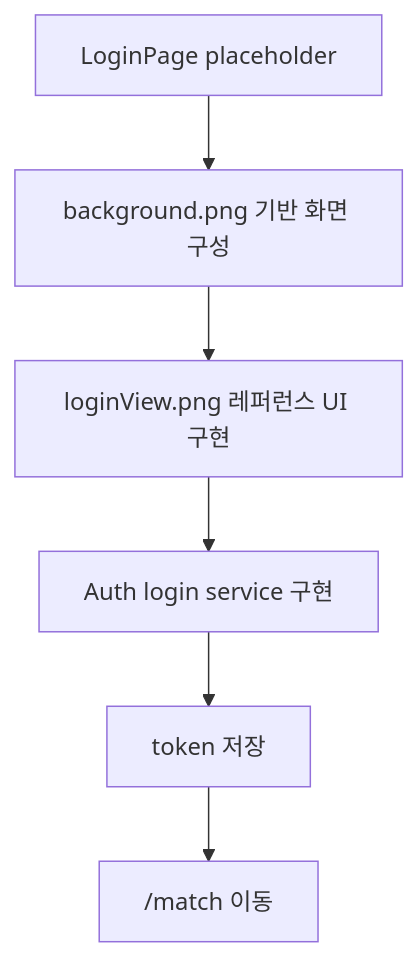
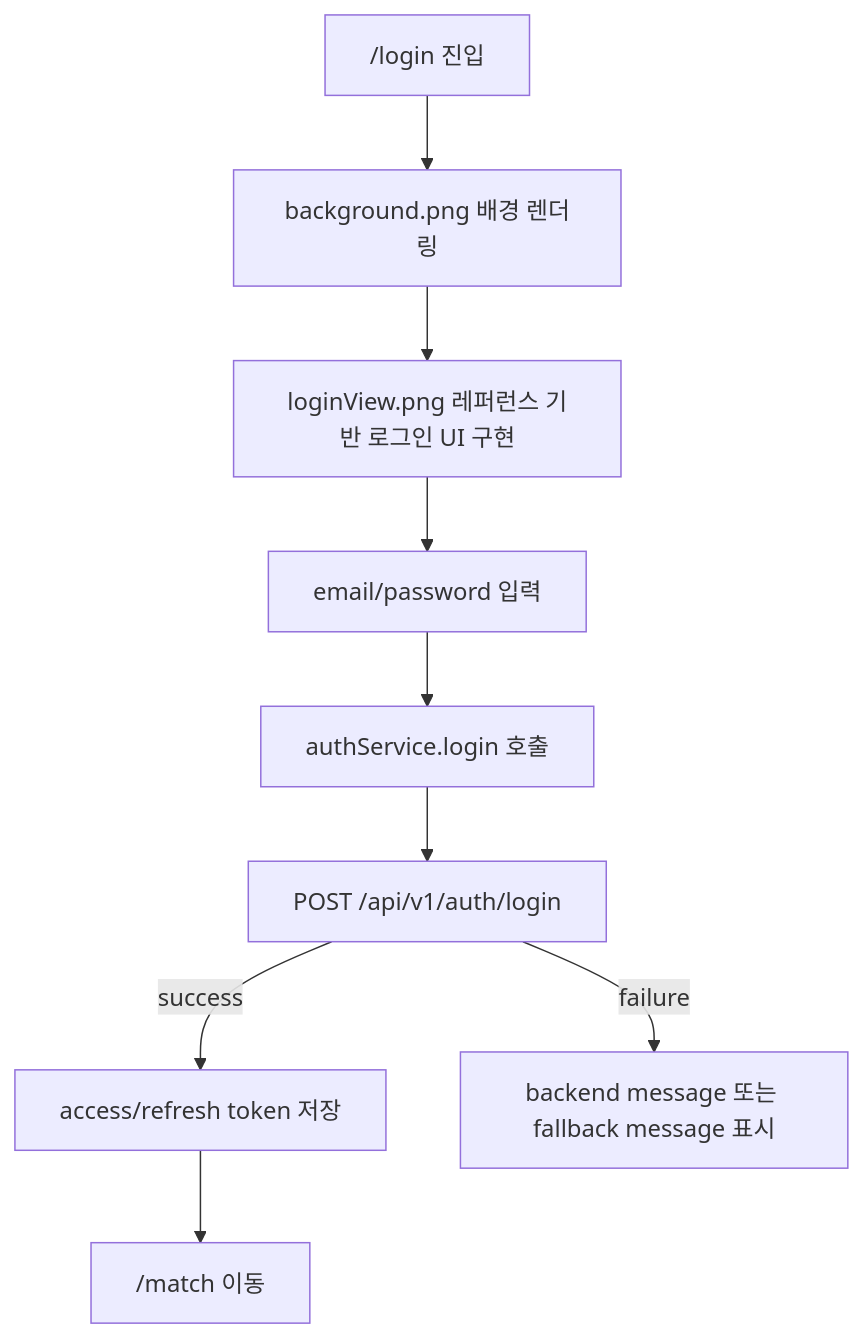
The third of 3 diagrams in docs/antigravity/frontend/issue-72-login-page.md (moonwhistle/League-of-Star), drawn with Mermaid before and after one commit. The commit also changed other lines of this file and 1 other file, not shown here.

````diff
--- a/docs/antigravity/frontend/issue-72-login-page.md
+++ b/docs/antigravity/frontend/issue-72-login-page.md
@@ -196,8 +198,11 @@
 ```mermaid
 flowchart TD
-    A[LoginPage placeholder] --> B[background.png 기반 화면 구성]
-    B --> C[loginView.png 레퍼런스 UI 구현]
-    C --> D[Auth login service 구현]
-    D --> E[token 저장]
-    E --> F["/match 이동"]
+    A["/login 진입"] --> B["background.png 배경 렌더링"]
+    B --> C["loginView.png 레퍼런스 기반 로그인 UI 구현"]
+    C --> D["email/password 입력"]
+    D --> E["authService.login 호출"]
+    E --> F["POST /api/v1/auth/login"]
+    F -->|success| G["access/refresh token 저장"]
+    G --> H["/match 이동"]
+    F -->|failure| I["backend message 또는 fallback message 표시"]
 ```
````
